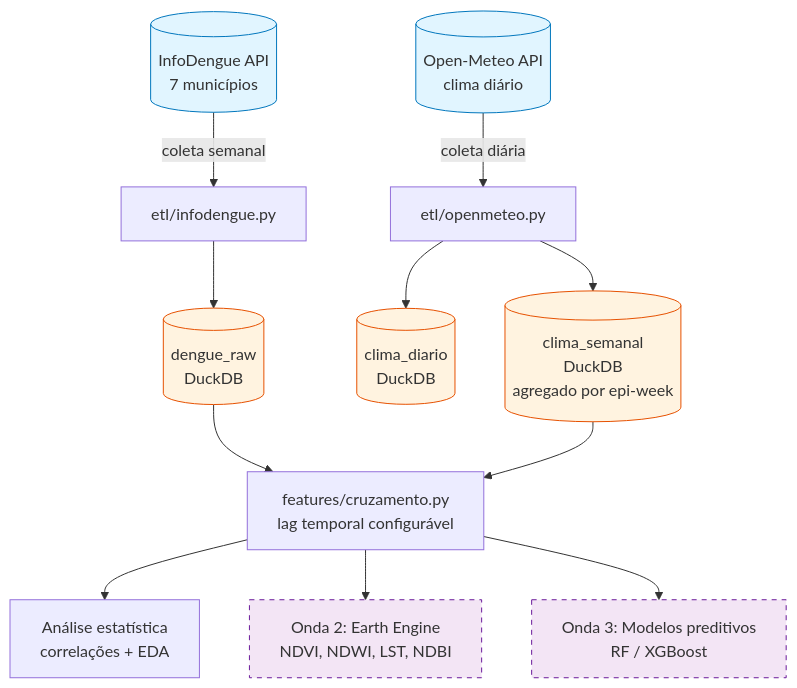
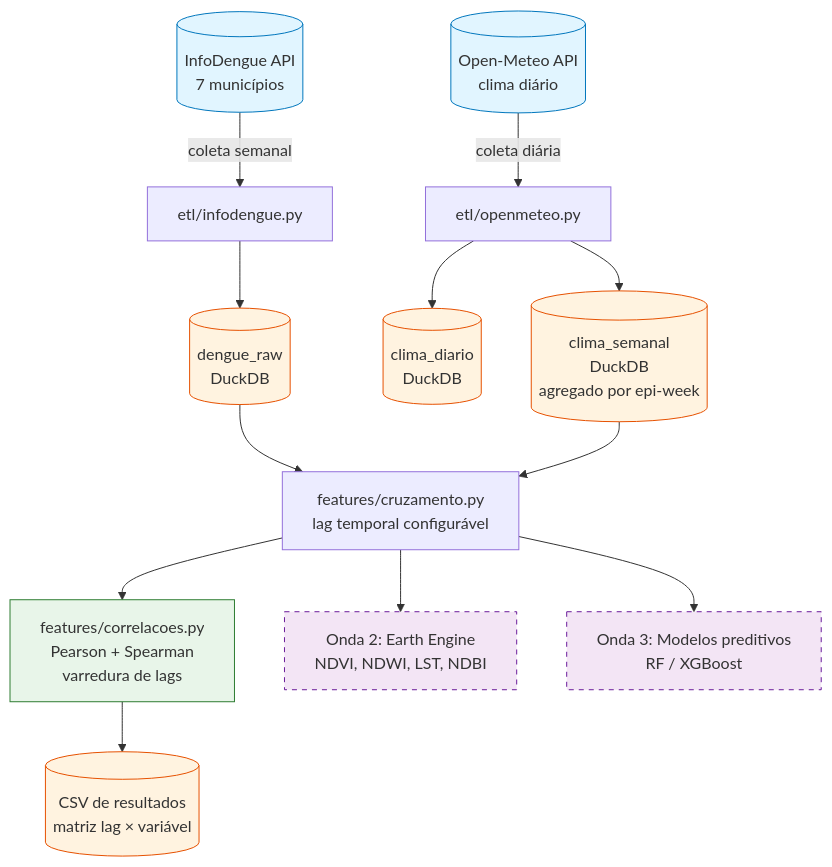
Before and after one commit to 220719/observatorio-dengue: the diagram in README.md, drawn with Mermaid. The commit also changed other lines of this file, not shown here.

````diff
--- a/README.md
+++ b/README.md
@@ -24,27 +24,30 @@
 ```mermaid
 flowchart TD
     A[("InfoDengue API<br/>7 municípios")]
     B[("Open-Meteo API<br/>clima diário")]
 
     A -->|coleta semanal| C["etl/infodengue.py"]
     B -->|coleta diária| D["etl/openmeteo.py"]
 
     C --> E[("dengue_raw<br/>DuckDB")]
     D --> F[("clima_diario<br/>DuckDB")]
     D --> G[("clima_semanal<br/>DuckDB<br/>agregado por epi-week")]
 
     E --> H["features/cruzamento.py<br/>lag temporal configurável"]
     G --> H
 
-    H --> I["Análise estatística<br/>correlações + EDA"]
+    H --> I["features/correlacoes.py<br/>Pearson + Spearman<br/>varredura de lags"]
+    I --> L[("CSV de resultados<br/>matriz lag × variável")]
     H --> J["Onda 2: Earth Engine<br/>NDVI, NDWI, LST, NDBI"]
     H --> K["Onda 3: Modelos preditivos<br/>RF / XGBoost"]
 
     style A fill:#e1f5ff,stroke:#0277bd
     style B fill:#e1f5ff,stroke:#0277bd
     style E fill:#fff3e0,stroke:#e65100
     style F fill:#fff3e0,stroke:#e65100
     style G fill:#fff3e0,stroke:#e65100
+    style I fill:#e8f5e9,stroke:#2e7d32
+    style L fill:#fff3e0,stroke:#e65100
     style J fill:#f3e5f5,stroke:#6a1b9a,stroke-dasharray: 5 5
     style K fill:#f3e5f5,stroke:#6a1b9a,stroke-dasharray: 5 5
 ```
````
